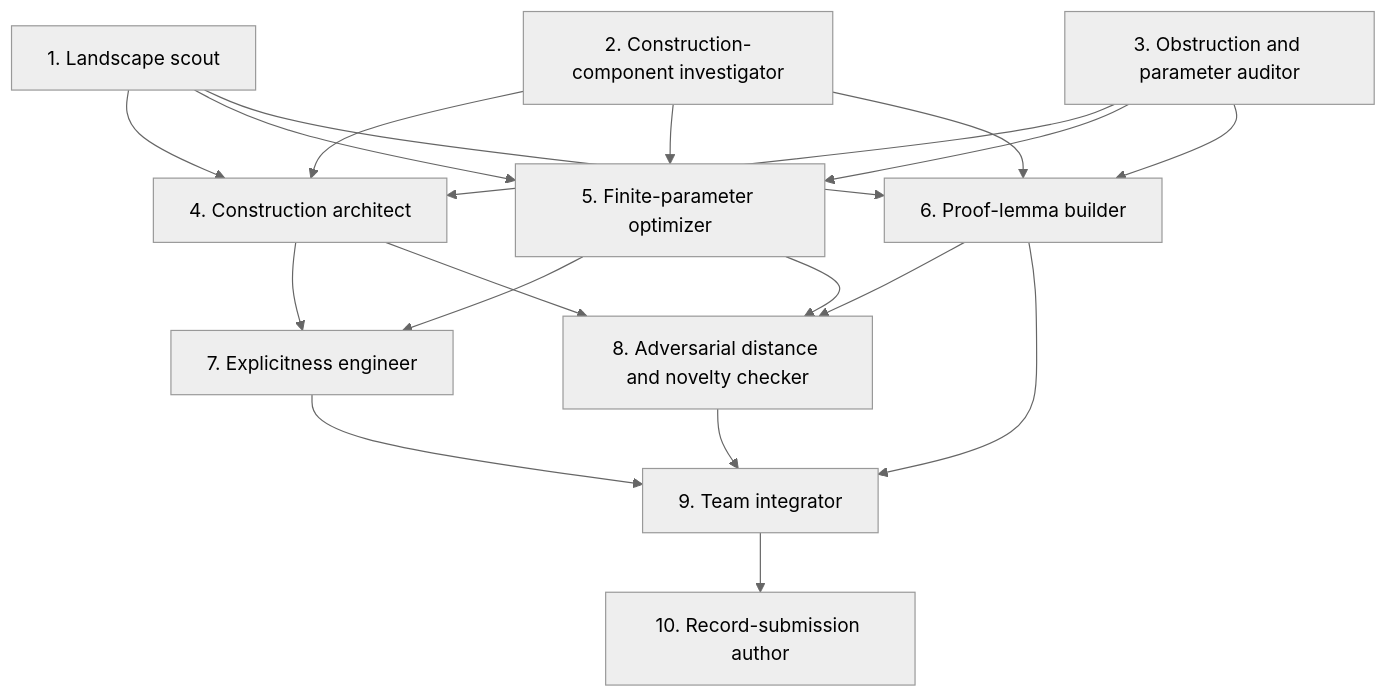
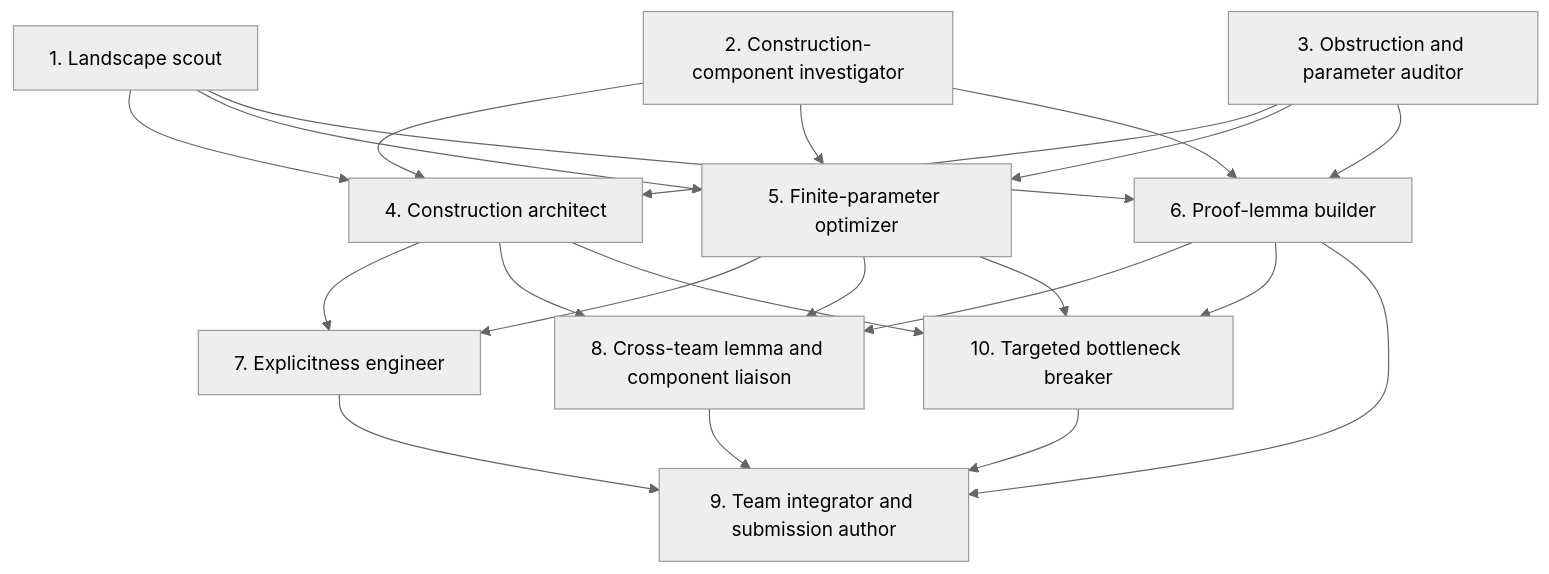
One commit to kz99/binary-gv-concrete changed the diagram in research_state/campaign-epsilon-2-10-ultra/team-research-graph.md. Above: the diagram before and after it, drawn with Mermaid (neutral theme). The commit also changed other lines of this file and 4 other files, not shown here.

Commit message:
Focus team graph on construction rather than internal review

````diff
--- a/research_state/campaign-epsilon-2-10-ultra/team-research-graph.md
+++ b/research_state/campaign-epsilon-2-10-ultra/team-research-graph.md
@@ -7,21 +7,24 @@
 ```mermaid
 flowchart TD
   S1[1. Landscape scout] --> A[4. Construction architect]
   S2[2. Construction-component investigator] --> A
   S3[3. Obstruction and parameter auditor] --> A
   S1 --> O[5. Finite-parameter optimizer]
   S2 --> O
   S3 --> O
   S1 --> P[6. Proof-lemma builder]
   S2 --> P
   S3 --> P
   A --> E[7. Explicitness engineer]
   O --> E
-  A --> C[8. Adversarial distance and novelty checker]
+  A --> C[8. Cross-team lemma and component liaison]
   O --> C
   P --> C
-  P --> I[9. Team integrator]
+  A --> B[10. Targeted bottleneck breaker]
+  O --> B
+  P --> B
+  P --> I[9. Team integrator and submission author]
   E --> I
   C --> I
-  I --> W[10. Record-submission author]
+  B --> I
 ```
````
